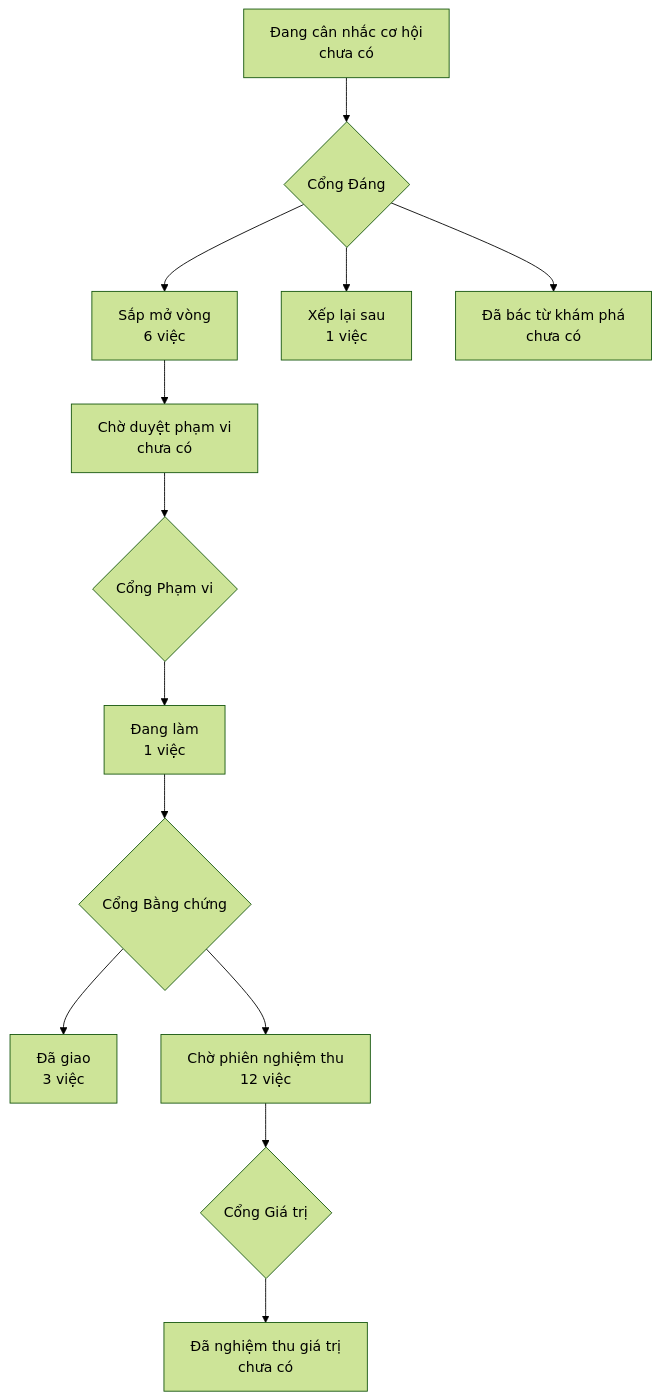
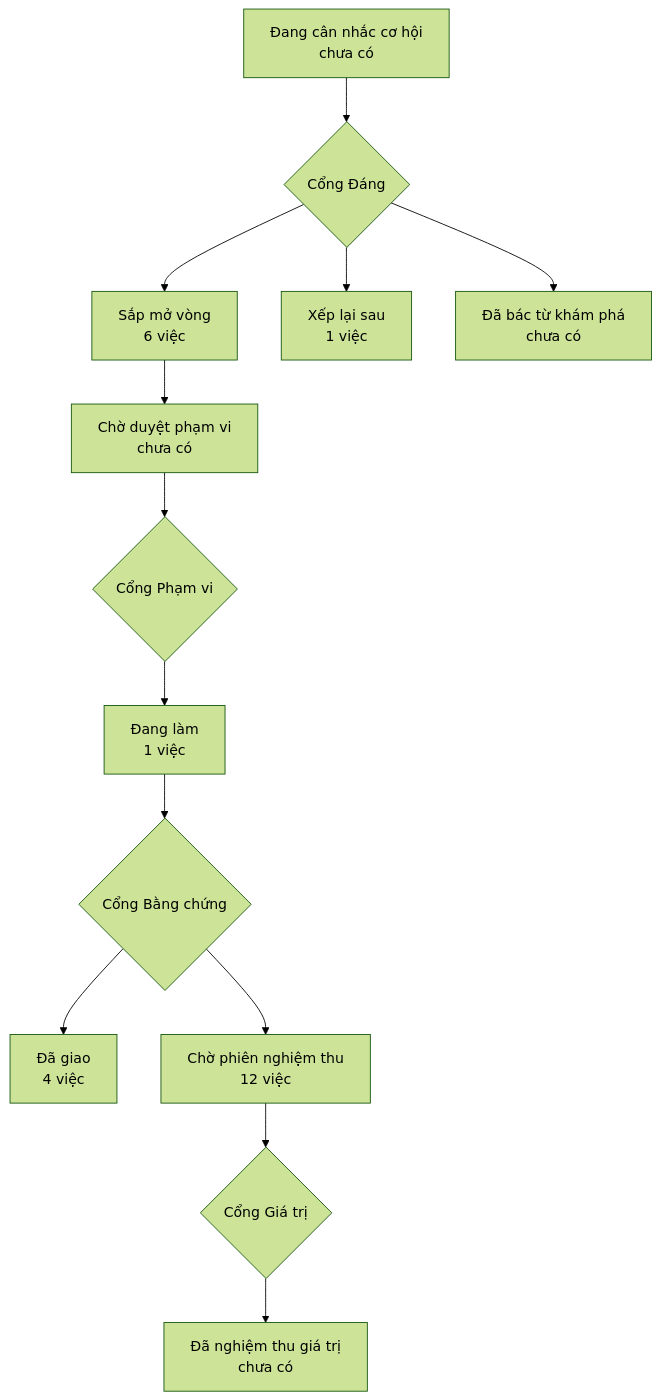
The diagram in PRODUCT-MAP.md (phanlemanh/onehub-quy-hang), drawn with Mermaid (forest theme) before and after one commit. The commit also changed other lines of this file and 1 other file, not shown here.

Commit message:
chore: vẽ lại bản đồ sản phẩm và trang lộ trình sau gộp main

````diff
--- a/PRODUCT-MAP.md
+++ b/PRODUCT-MAP.md
@@ -7,12 +7,12 @@
 ```mermaid
 flowchart TD
   A["Đang cân nhắc cơ hội<br/>chưa có"] --> GD{"Cổng Đáng"}
   GD --> B["Sắp mở vòng<br/>6 việc"]
   GD --> XL["Xếp lại sau<br/>1 việc"]
   GD --> DB["Đã bác từ khám phá<br/>chưa có"]
   B --> CD["Chờ duyệt phạm vi<br/>chưa có"] --> GP{"Cổng Phạm vi"}
   GP --> DL["Đang làm<br/>1 việc"] --> GB{"Cổng Bằng chứng"}
-  GB --> DG["Đã giao<br/>3 việc"]
+  GB --> DG["Đã giao<br/>4 việc"]
   GB --> CN["Chờ phiên nghiệm thu<br/>12 việc"] --> GG{"Cổng Giá trị"}
   GG --> NT["Đã nghiệm thu giá trị<br/>chưa có"]
 ```
````
